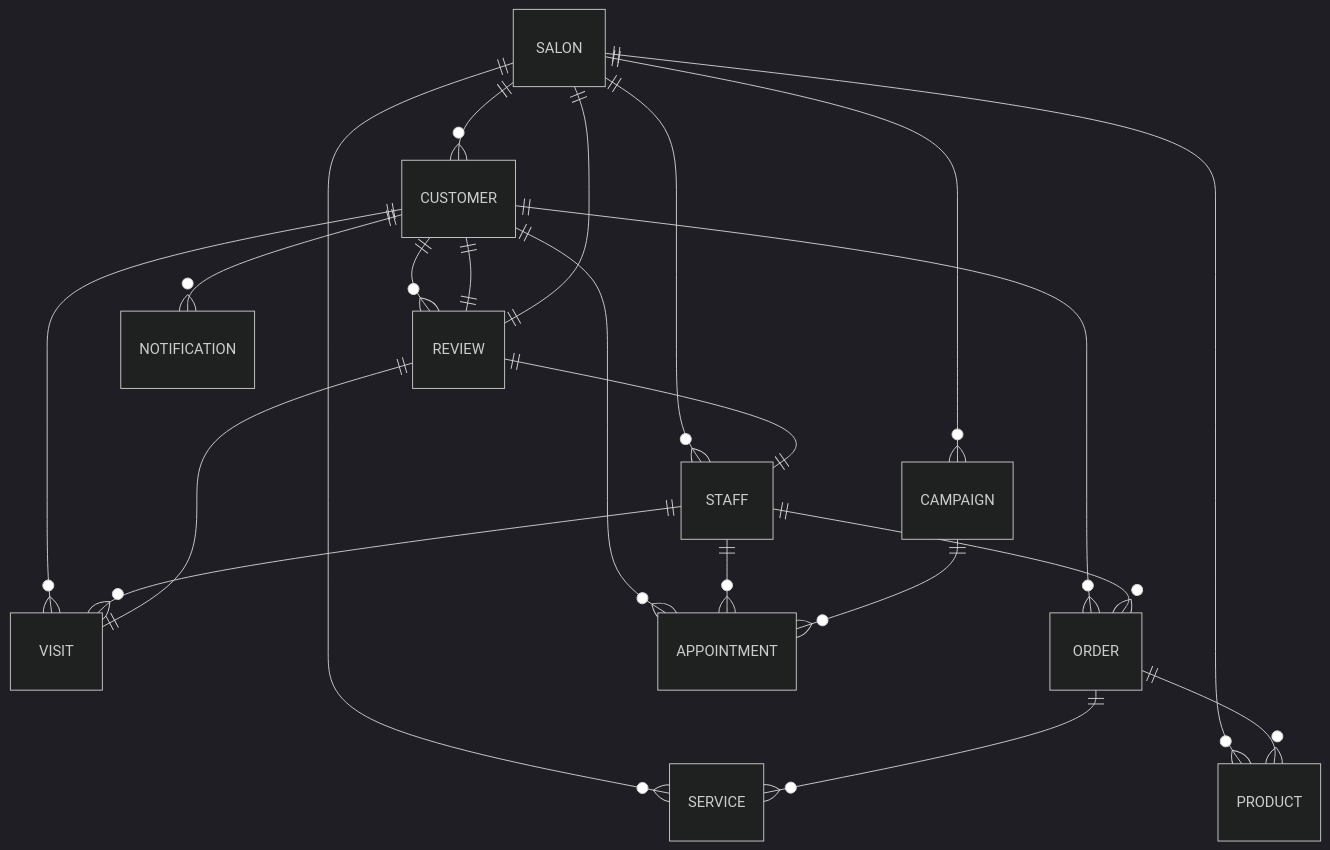
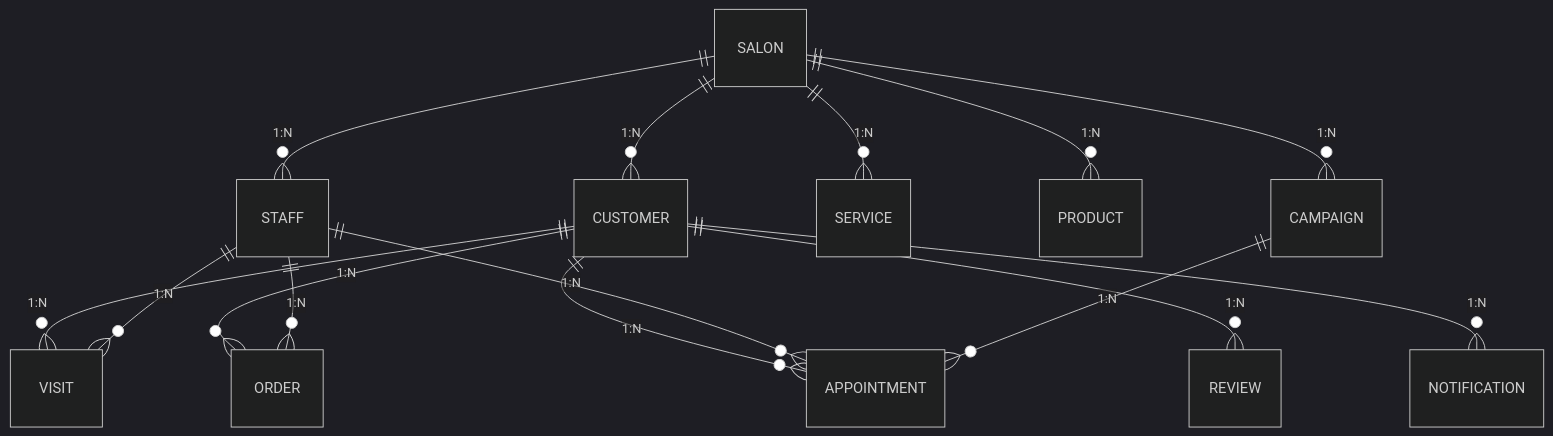
Before and after one commit to anhnbt/saas: the sixth of 6 diagrams in Documentation/architecture-design.md, drawn with Mermaid (dark theme). The commit also changed other lines of this file, not shown here.

Commit message:
Update Entity Relationship Diagram: clarify relationships with cardinality notation and add notes for many-to-many relationships; ensure comprehensive representation of entities and their interactions.

````diff
--- a/Documentation/architecture-design.md
+++ b/Documentation/architecture-design.md
@@ -255,30 +256,26 @@
 ```mermaid
 erDiagram
-    SALON ||--o{ CUSTOMER : ""
-    SALON ||--o{ STAFF : ""
-    SALON ||--o{ SERVICE : ""
-    SALON ||--o{ PRODUCT : ""
-    SALON ||--o{ CAMPAIGN : ""
+    SALON ||--o{ CUSTOMER : "1:N"
+    SALON ||--o{ STAFF : "1:N"
+    SALON ||--o{ SERVICE : "1:N"
+    SALON ||--o{ PRODUCT : "1:N"
+    SALON ||--o{ CAMPAIGN : "1:N"
 
-    CUSTOMER ||--o{ VISIT : ""
-    CUSTOMER ||--o{ ORDER : ""
-    CUSTOMER ||--o{ APPOINTMENT : ""
-    CUSTOMER ||--o{ REVIEW : ""
-    CUSTOMER ||--o{ NOTIFICATION : ""
+    CUSTOMER ||--o{ VISIT : "1:N"
+    CUSTOMER ||--o{ ORDER : "1:N"
+    CUSTOMER ||--o{ APPOINTMENT : "1:N"
+    CUSTOMER ||--o{ REVIEW : "1:N"
+    CUSTOMER ||--o{ NOTIFICATION : "1:N"
 
-    STAFF ||--o{ VISIT : ""
-    STAFF ||--o{ ORDER : ""
-    STAFF ||--o{ APPOINTMENT : ""
+    STAFF ||--o{ VISIT : "1:N"
+    STAFF ||--o{ ORDER : "1:N"
+    STAFF ||--o{ APPOINTMENT : "1:N"
 
-    CAMPAIGN ||--o{ APPOINTMENT : ""
+    CAMPAIGN ||--o{ APPOINTMENT : "1:N"
 
-    ORDER ||--o{ SERVICE : ""
-    ORDER ||--o{ PRODUCT : ""
+    %% Các mối quan hệ nhiều-nhiều (N:M) không thể hiện trực tiếp bằng Mermaid erDiagram, cần note ở dưới.
 
-    REVIEW ||--|| CUSTOMER : ""
-    REVIEW ||--|| STAFF : ""
-    REVIEW ||--|| SALON : ""
-    REVIEW ||--|| VISIT : ""
+    %% Ví dụ: Một ORDER có thể chứa nhiều SERVICE/PRODUCT và ngược lại (N:M), thực tế sẽ cần bảng phụ.
 
-    %% Chỉ thể hiện các thực thể và quan hệ chính, lược bỏ chi tiết ORDER_DETAIL để đơn giản hóa khái niệm.
+    %% REVIEW liên kết với CUSTOMER, STAFF, SALON, VISIT là 1:N (một khách có nhiều review, một staff có nhiều review...)
 ```
````
